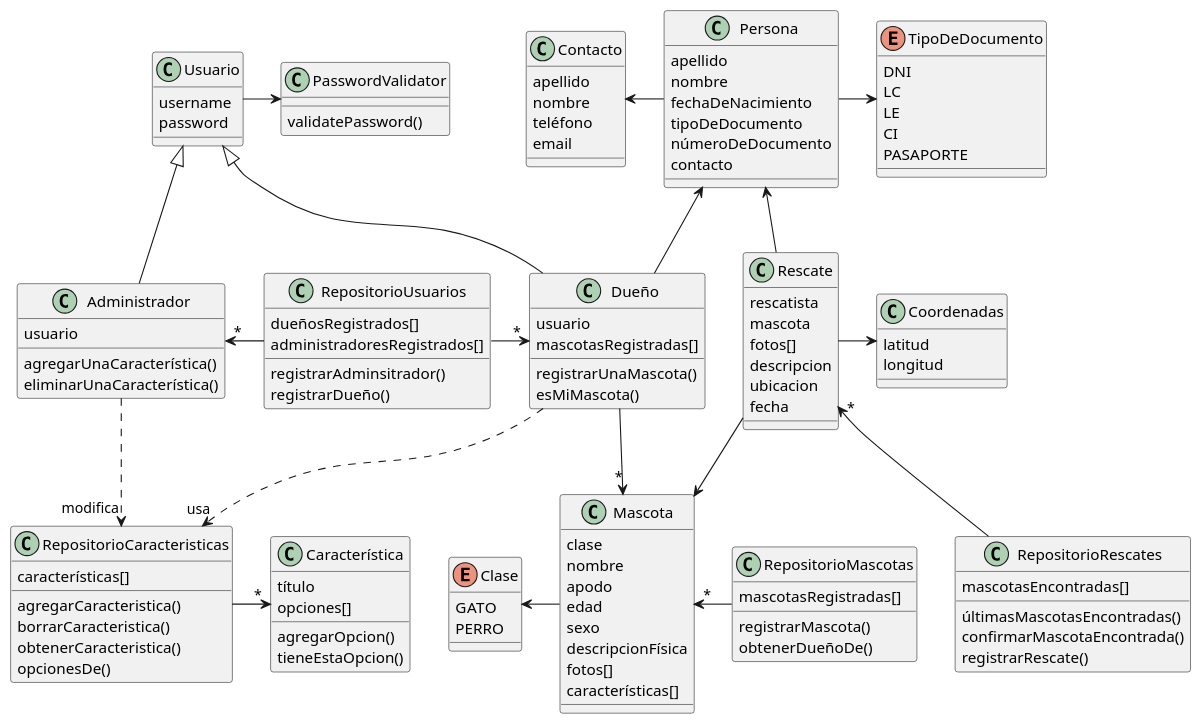
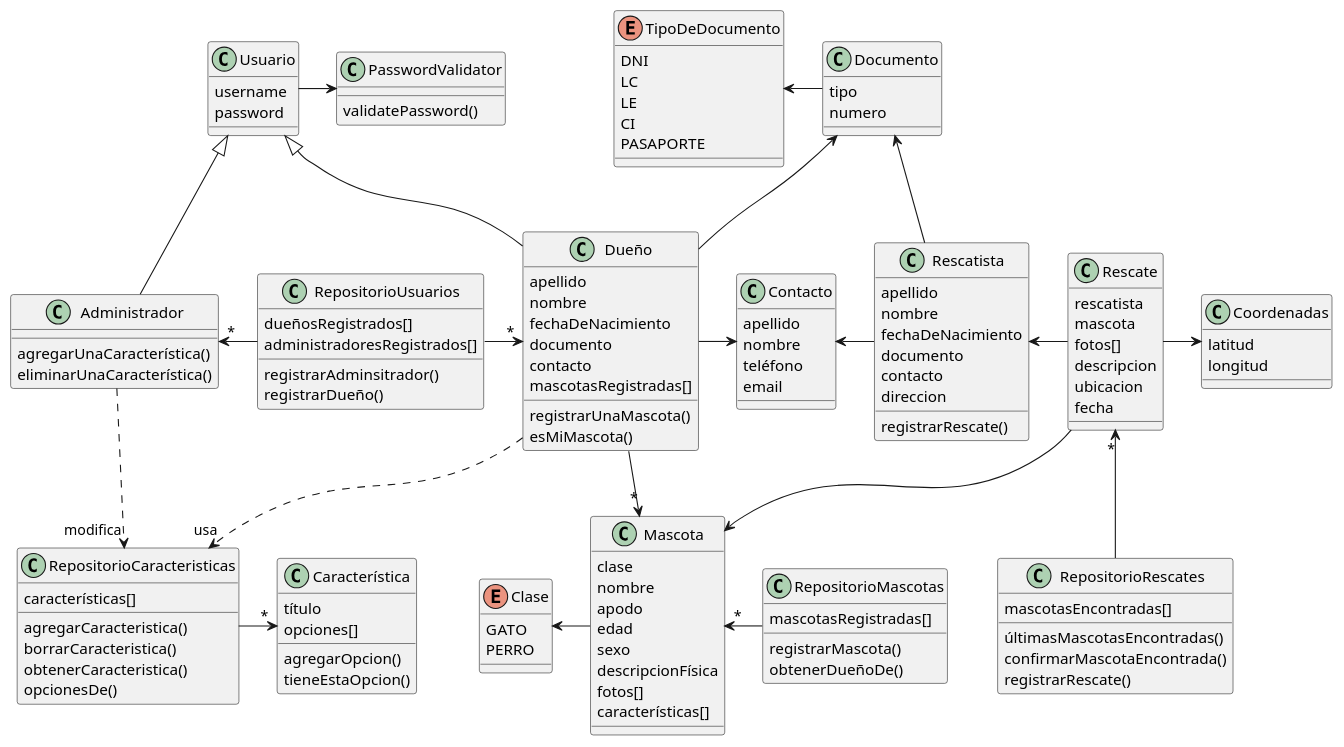
One commit to aleeherasimiuk/RescateDePatitas changed the diagram in diagramaDeClases.plantuml. Above: the diagram before and after it, drawn with PlantUML.

Commit message:
refactor en diagrama de clases

```diff
--- a/diagramaDeClases.plantuml
+++ b/diagramaDeClases.plantuml
@@ -1,136 +1,145 @@
 @startuml RescateDePatitas
-
-class Persona{
-  apellido
-  nombre
-  fechaDeNacimiento
-  tipoDeDocumento
-  númeroDeDocumento
-  contacto
-
-}
 
 class Contacto{
   apellido
   nombre
   teléfono
   email
 }
 
 class Mascota{
   clase
   nombre
   apodo
   edad
   sexo
   descripcionFísica
   fotos[]
   características[]
 }
 
 enum Clase{
   GATO
   PERRO
 }
 
+class Documento{
+  tipo
+  numero
+}
 
 enum TipoDeDocumento{
   DNI
   LC /' Libreta Cívica '/
   LE /' Libreta de Enrolamiento '/
   CI /' Cédula de Identidad '/
   PASAPORTE
 }
 
 class Rescate{
   rescatista
   mascota
   fotos[]
   descripcion
   ubicacion
   fecha
 }
 
 class Coordenadas{
   latitud
   longitud
 }
 
 class Usuario{
   username
   password
 }
 
 class Administrador{
-  usuario
   agregarUnaCaracterística()
   eliminarUnaCaracterística()
 
 }
 
 class Dueño{
-  usuario
+  apellido
+  nombre
+  fechaDeNacimiento
+  documento
+  contacto
   mascotasRegistradas[]
   registrarUnaMascota()
   esMiMascota()
 }
 
 class RepositorioUsuarios{
   dueñosRegistrados[]
   administradoresRegistrados[]
   registrarAdminsitrador()
   registrarDueño()
 }
 
 class RepositorioMascotas{
   mascotasRegistradas[]
   registrarMascota()
   obtenerDueñoDe()
 }
 
 class RepositorioRescates{
   mascotasEncontradas[]
   últimasMascotasEncontradas()
   confirmarMascotaEncontrada()
   registrarRescate()
 }
 
 class Característica{
   título
   opciones[]
   agregarOpcion()
   tieneEstaOpcion()
 }
 
 class RepositorioCaracteristicas{
   características[]
   agregarCaracteristica()
   borrarCaracteristica()
   obtenerCaracteristica()
   opcionesDe()
 }
 
 class PasswordValidator{
   validatePassword()
 }
 
-Rescate -u-> Persona
+class Rescatista{
+  apellido
+  nombre
+  fechaDeNacimiento
+  documento
+  contacto
+  direccion
+  registrarRescate()
+}
+
+Rescatista -u-> Documento
+Rescatista -l-> Contacto
+Dueño -u-> Documento
+Dueño -r-> Contacto
+Rescate -l-> Rescatista
 Usuario -> PasswordValidator
 Dueño -u-|> Usuario
 Rescate -d-> Mascota
 RepositorioMascotas -l-> "*" Mascota
 RepositorioRescates -u-> "*" Rescate
 RepositorioUsuarios -l-> "*" Administrador
 RepositorioUsuarios -r-> "*" Dueño
-Persona -> TipoDeDocumento
-Dueño -u-> Persona
-Persona -l-> Contacto
+Documento -l-> TipoDeDocumento
 Mascota -l-> Clase
 Dueño -d->"*" Mascota
 Administrador -u-|> Usuario
 Rescate -> Coordenadas
 RepositorioCaracteristicas ->"*" Característica
 Dueño ..>"usa" RepositorioCaracteristicas
 Administrador ..>"modifica" RepositorioCaracteristicas
 
 @enduml
```
